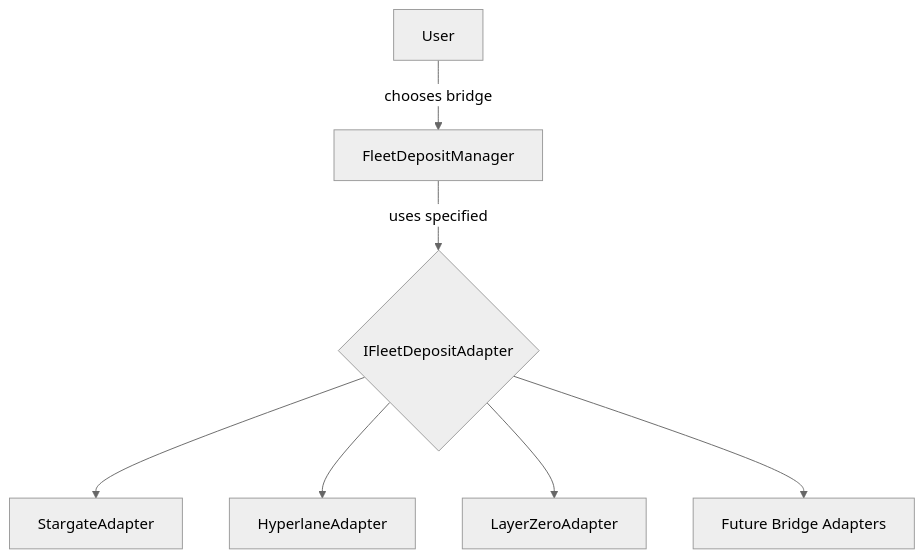
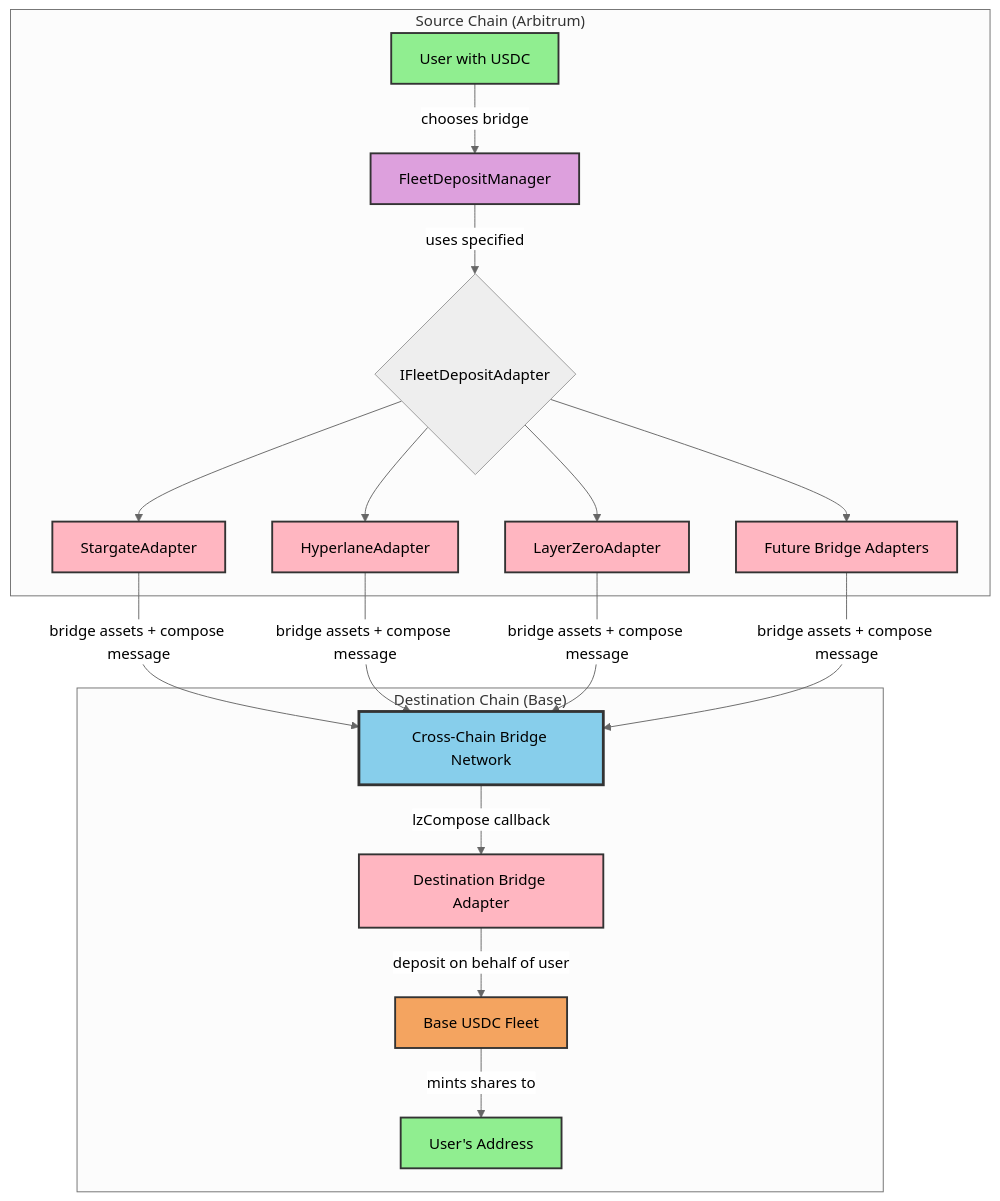
The first of 3 diagrams in packages/chain-bridge/CROSS_CHAIN_FLEET_DEPOSITS.md (OasisDEX/summer-earn-protocol), drawn with Mermaid (neutral theme) before and after one commit. The commit also changed other lines of this file and 2 other files, not shown here.

First line of the commit message:
docs: enhance Cross-Chain Fleet Deposits documentation and add architecture diagrams

````diff
--- a/packages/chain-bridge/CROSS_CHAIN_FLEET_DEPOSITS.md
+++ b/packages/chain-bridge/CROSS_CHAIN_FLEET_DEPOSITS.md
@@ -23,9 +23,38 @@
 ```mermaid
 graph TB
-    User[User] --> |chooses bridge| FleetDepositManager[FleetDepositManager]
-    FleetDepositManager --> |uses specified| IFleetDepositAdapter{IFleetDepositAdapter}
-    IFleetDepositAdapter --> StargateAdapter[StargateAdapter]
-    IFleetDepositAdapter --> HyperlaneAdapter[HyperlaneAdapter]
-    IFleetDepositAdapter --> LayerZeroAdapter[LayerZeroAdapter]
-    IFleetDepositAdapter --> FutureAdapter[Future Bridge Adapters]
+    %% Source Chain (Arbitrum)
+    subgraph "Source Chain (Arbitrum)"
+        User[User with USDC] --> |chooses bridge| FleetDepositManager[FleetDepositManager]
+        FleetDepositManager --> |uses specified| IFleetDepositAdapter{IFleetDepositAdapter}
+        IFleetDepositAdapter --> StargateAdapter[StargateAdapter]
+        IFleetDepositAdapter --> HyperlaneAdapter[HyperlaneAdapter]
+        IFleetDepositAdapter --> LayerZeroAdapter[LayerZeroAdapter]
+        IFleetDepositAdapter --> FutureAdapter[Future Bridge Adapters]
+    end
+    
+    %% Cross-Chain Bridge
+    StargateAdapter --> |bridge assets + compose message| Bridge[Cross-Chain Bridge Network]
+    HyperlaneAdapter --> |bridge assets + compose message| Bridge
+    LayerZeroAdapter --> |bridge assets + compose message| Bridge
+    FutureAdapter --> |bridge assets + compose message| Bridge
+    
+    %% Destination Chain (Base)
+    subgraph "Destination Chain (Base)"
+        Bridge --> |lzCompose callback| DestAdapter[Destination Bridge Adapter]
+        DestAdapter --> |deposit on behalf of user| FleetCommander[Base USDC Fleet]
+        FleetCommander --> |mints shares to| ShareRecipient[User's Address]
+    end
+    
+    %% Styling
+    classDef userStyle fill:#90EE90,stroke:#333,stroke-width:2px
+    classDef managerStyle fill:#DDA0DD,stroke:#333,stroke-width:2px
+    classDef adapterStyle fill:#FFB6C1,stroke:#333,stroke-width:2px
+    classDef bridgeStyle fill:#87CEEB,stroke:#333,stroke-width:3px
+    classDef fleetStyle fill:#F4A460,stroke:#333,stroke-width:2px
+    
+    class User,ShareRecipient userStyle
+    class FleetDepositManager managerStyle
+    class StargateAdapter,HyperlaneAdapter,LayerZeroAdapter,FutureAdapter,DestAdapter adapterStyle
+    class Bridge bridgeStyle
+    class FleetCommander fleetStyle
 ```
````
